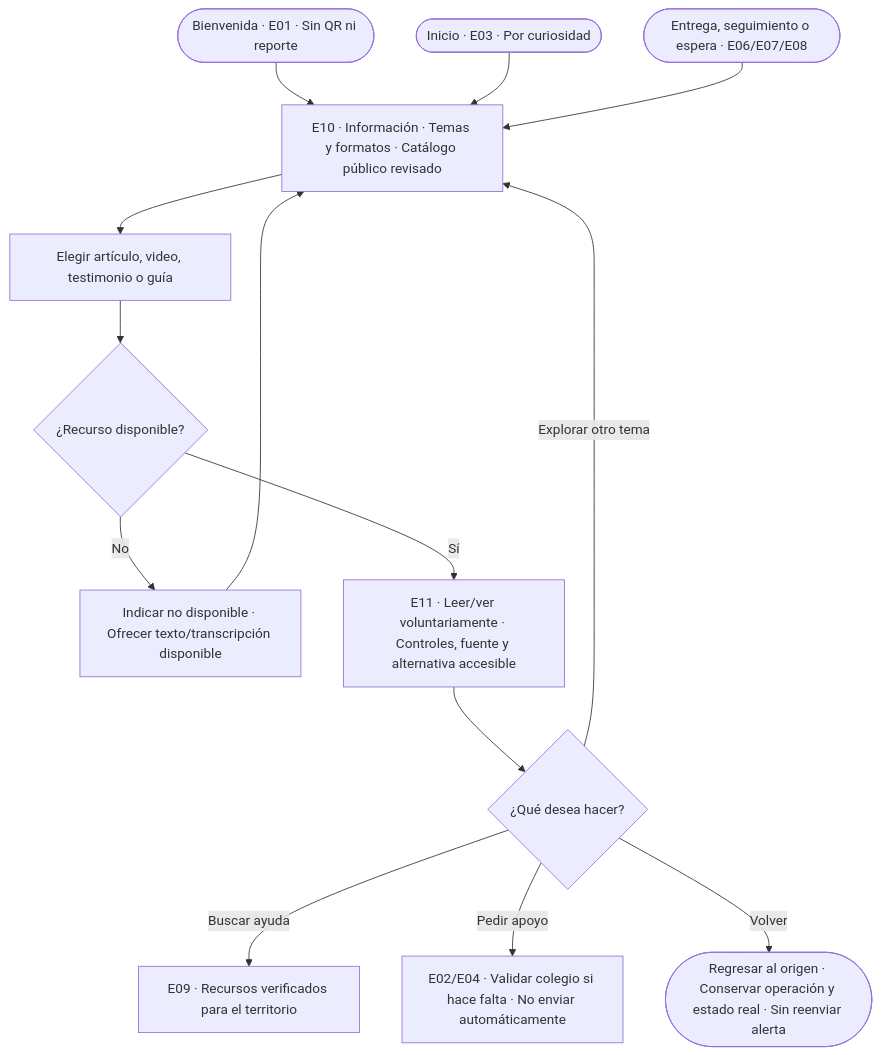
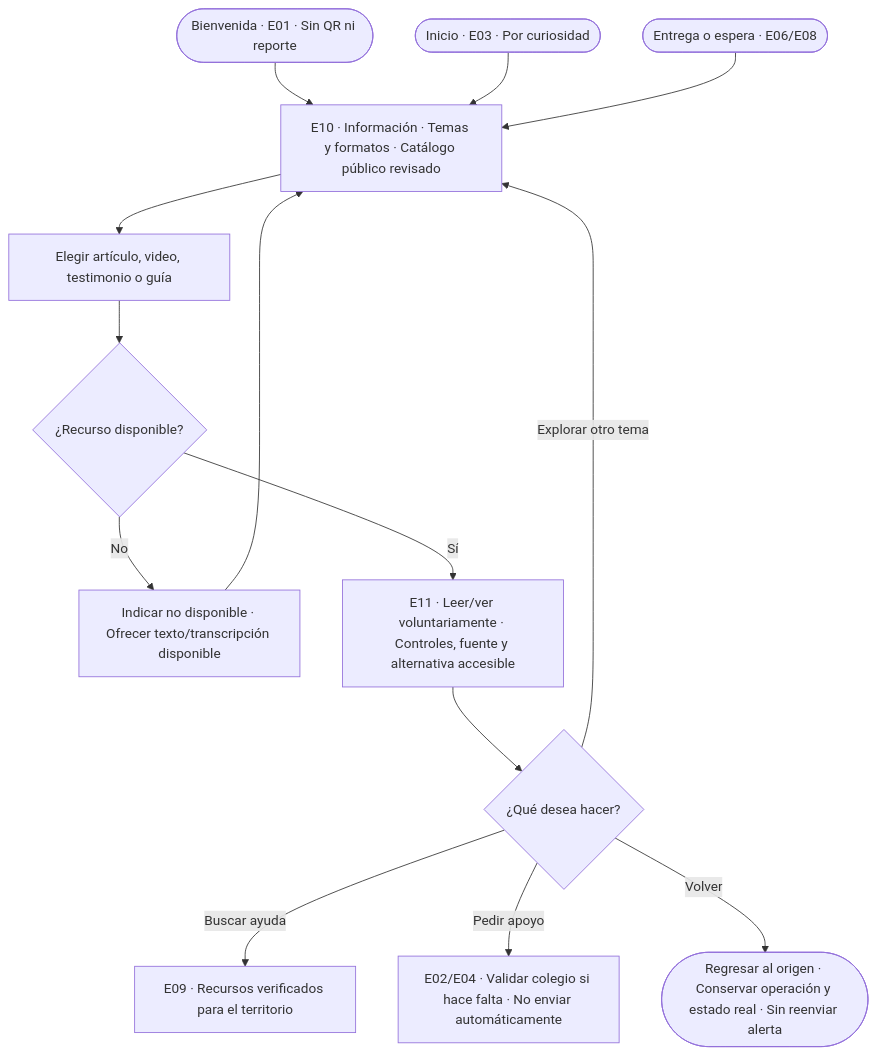
One commit to JaBaca67/Setu-Unicef-Bugnuelitos-UAM changed the diagram in docs/diseno/flujos/13-flujo-informacion.mmd. Above: the diagram before and after it, drawn with Mermaid. The commit also changed 8 other files, not shown here.

```diff
--- a/docs/diseno/flujos/13-flujo-informacion.mmd
+++ b/docs/diseno/flujos/13-flujo-informacion.mmd
@@ -1,14 +1,14 @@
 flowchart TD
     A(["Bienvenida · E01 · Sin QR ni reporte"]) --> CAT
     B(["Inicio · E03 · Por curiosidad"]) --> CAT
-    W(["Entrega, seguimiento o espera · E06/E07/E08"]) --> CAT
+    W(["Entrega o espera · E06/E08"]) --> CAT
     CAT["E10 · Información · Temas y formatos · Catálogo público revisado"] --> CH["Elegir artículo, video, testimonio o guía"]
     CH --> AV{"¿Recurso disponible?"}
     AV -->|"No"| OFF["Indicar no disponible · Ofrecer texto/transcripción disponible"]
     OFF --> CAT
     AV -->|"Sí"| READ["E11 · Leer/ver voluntariamente · Controles, fuente y alternativa accesible"]
     READ --> NEXT{"¿Qué desea hacer?"}
     NEXT -->|"Explorar otro tema"| CAT
     NEXT -->|"Buscar ayuda"| HELP["E09 · Recursos verificados para el territorio"]
     NEXT -->|"Pedir apoyo"| ASK["E02/E04 · Validar colegio si hace falta · No enviar automáticamente"]
     NEXT -->|"Volver"| BACK(["Regresar al origen · Conservar operación y estado real · Sin reenviar alerta"])
```
